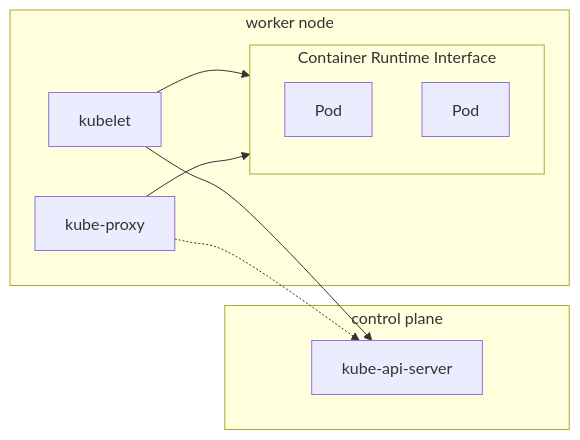
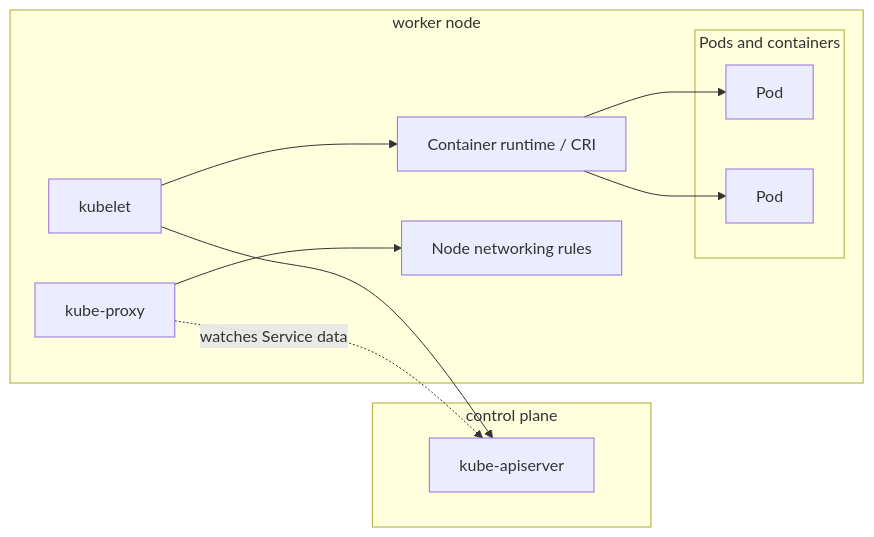
Before and after one commit to adulbrich/cs312: the second of 6 diagrams in src/content/docs/lectures/container-orchestration.mdx, drawn with Mermaid. The commit also changed other lines of this file, not shown here.

Commit message:
polished container orchestration further

````diff
--- a/src/content/docs/lectures/container-orchestration.mdx
+++ b/src/content/docs/lectures/container-orchestration.mdx
@@ -132,22 +130,26 @@
 ```mermaid
 flowchart LR
 
   subgraph Node1[control plane]
-    APIServer[kube-api-server]
+    APIServer[kube-apiserver]
   end
 
   subgraph Node2[worker node]
     Kubelet[kubelet]
     KubeProxy[kube-proxy]
+    CRI[Container runtime / CRI]
+    Net[Node networking rules]
 
-    subgraph CRI[Container Runtime Interface]
+    subgraph Workloads[Pods and containers]
       PodA[Pod]
       PodB[Pod]
     end
   end
 
   Kubelet --> CRI
-  KubeProxy --> CRI
+  CRI --> PodA
+  CRI --> PodB
+  KubeProxy --> Net
   Kubelet --> APIServer
-  KubeProxy -.-> APIServer
+  KubeProxy -. watches Service data .-> APIServer
 ```
````
